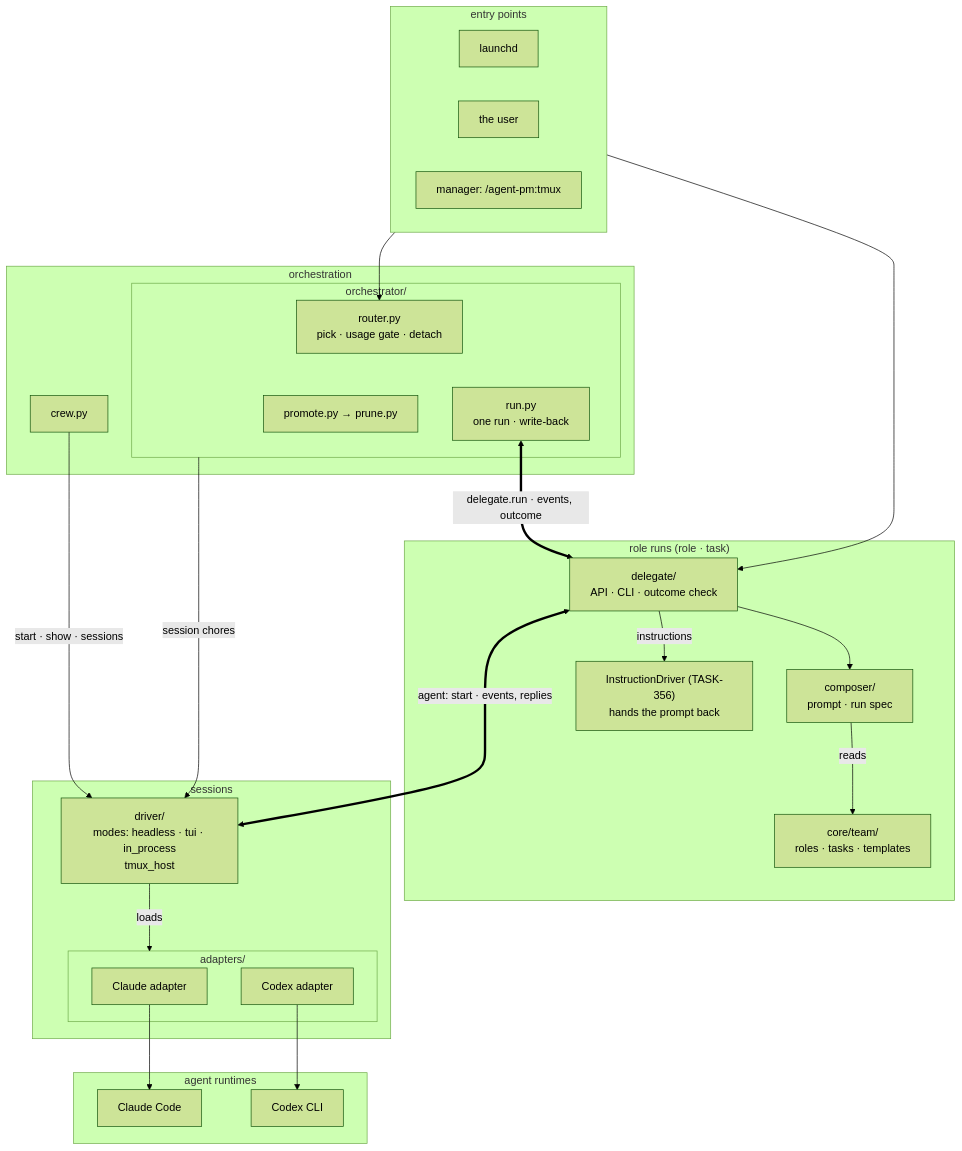
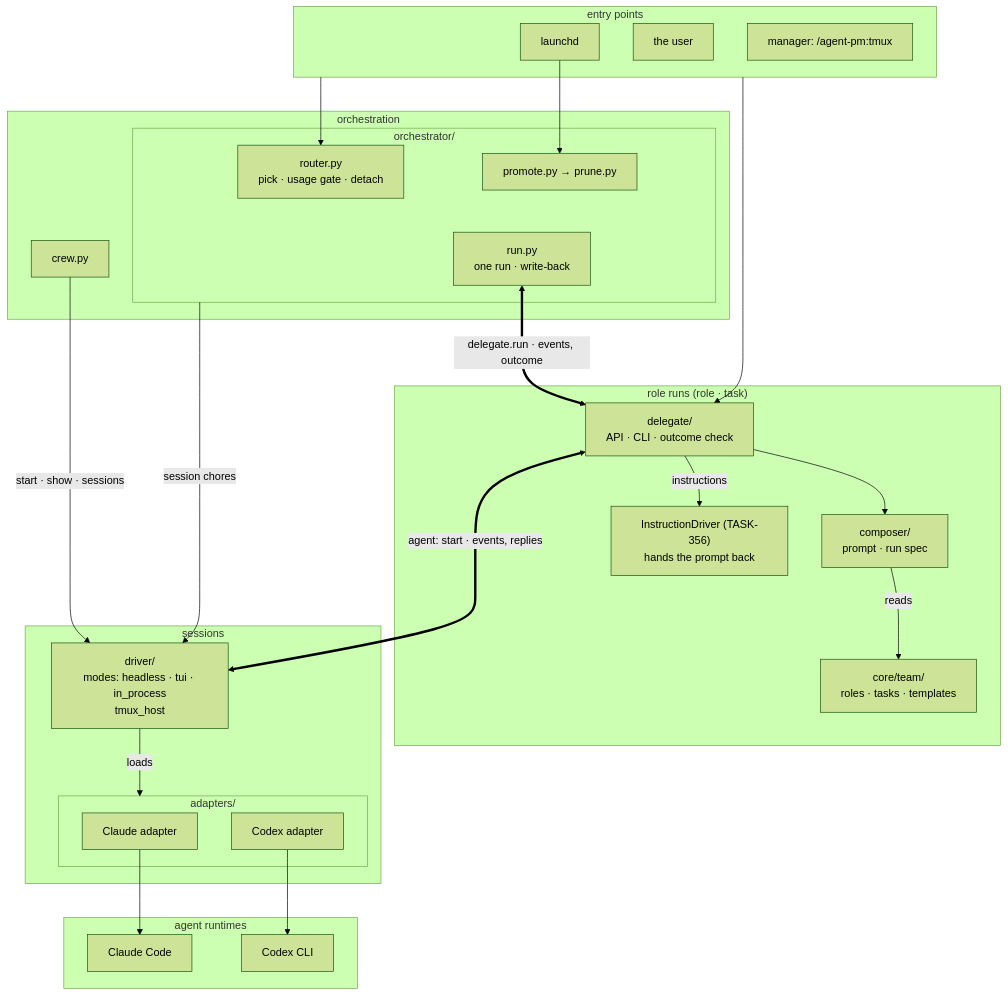
The second of 4 diagrams in README.md (ophis/agent-pm), drawn with Mermaid (forest theme) before and after one commit.

Commit message:
README: launchd to promote edge in the architecture diagram
Claude-Session: https://claude.ai/code/session_01DWNTKp8E4ZkndBswMuqLEu

````diff
--- a/README.md
+++ b/README.md
@@ -20,47 +20,48 @@
 ```mermaid
 flowchart TB
   subgraph EN[entry points]
     LD[launchd]
     HU[the user]
     M["manager: /agent-pm:tmux"]
   end
   subgraph L1[orchestration]
     subgraph OR[orchestrator/]
       R["router.py<br>pick · usage gate · detach"]
       RU["run.py<br>one run · write-back"]
       PP["promote.py → prune.py"]
     end
     W[crew.py]
   end
   subgraph L2["role runs (role · task)"]
     D["delegate/<br>API · CLI · outcome check"]
     C["composer/<br>prompt · run spec"]
     ID["InstructionDriver (TASK-356)<br>hands the prompt back"]
     T["core/team/<br>roles · tasks · templates"]
   end
   subgraph L3[sessions]
     DR["driver/<br>modes: headless · tui · in_process<br>tmux_host"]
     subgraph AD[adapters/]
       CL[Claude adapter]
       CX[Codex adapter]
     end
   end
   subgraph RT[agent runtimes]
     P1[Claude Code]
     P2[Codex CLI]
   end
   EN --> R
   EN --> D
+  LD --> PP
   W -->|"start · show · sessions"| DR
   RU <==>|"delegate.run · events, outcome"| D
   OR -->|"session chores"| DR
   D --> C
   C -->|reads| T
   D -->|instructions| ID
   D <==>|"agent: start · events, replies"| DR
   DR -->|loads| AD
   CL --> P1
   CX --> P2
   R ~~~ RU
   C ~~~ DR
 ```
````
